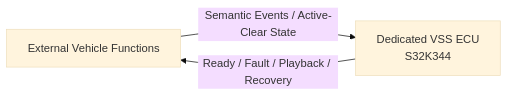
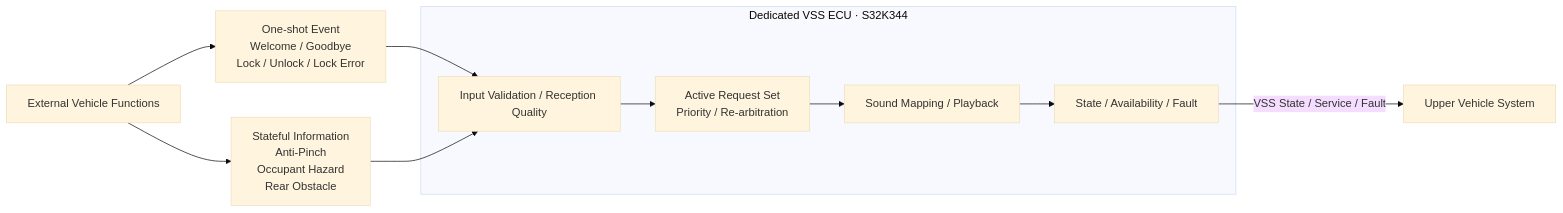
Before and after one commit to vehicle-domain-control-system/integrated-vehicle-control: the first of 3 diagrams in docs/requirements/VSS/03_VSS_LOGICAL_INTERFACE_NEEDS_DRAFT.md, drawn with Mermaid (base theme). The commit also changed other lines of this file and 5 other files, not shown here.

Commit message:
docs(vss): SR-SysRS 추적성 및 ECU 인터페이스 보완, 보안 통신 확장 계획 추가

````diff
--- a/docs/requirements/VSS/03_VSS_LOGICAL_INTERFACE_NEEDS_DRAFT.md
+++ b/docs/requirements/VSS/03_VSS_LOGICAL_INTERFACE_NEEDS_DRAFT.md
@@ -10,8 +49,23 @@
 ```mermaid
 flowchart LR
     EXT["External Vehicle Functions"]
-    VSS["Dedicated VSS ECU<br/>S32K344"]
 
-    EXT -->|"Semantic Events / Active-Clear State"| VSS
-    VSS -->|"Ready / Fault / Playback / Recovery"| EXT
+    EVT["One-shot Event\nWelcome / Goodbye\nLock / Unlock / Lock Error"]
+    ST["Stateful Information\nAnti-Pinch\nOccupant Hazard\nRear Obstacle"]
+
+    subgraph VSS["Dedicated VSS ECU · S32K344"]
+        VAL["Input Validation / Reception Quality"]
+        ARB["Active Request Set\nPriority / Re-arbitration"]
+        PLAY["Sound Mapping / Playback"]
+        STAT["State / Availability / Fault"]
+
+        VAL --> ARB --> PLAY
+        PLAY --> STAT
+    end
+
+    OUT["Upper Vehicle System"]
+
+    EXT --> EVT --> VAL
+    EXT --> ST --> VAL
+    STAT -->|"VSS State / Service / Fault"| OUT
 ```
````
